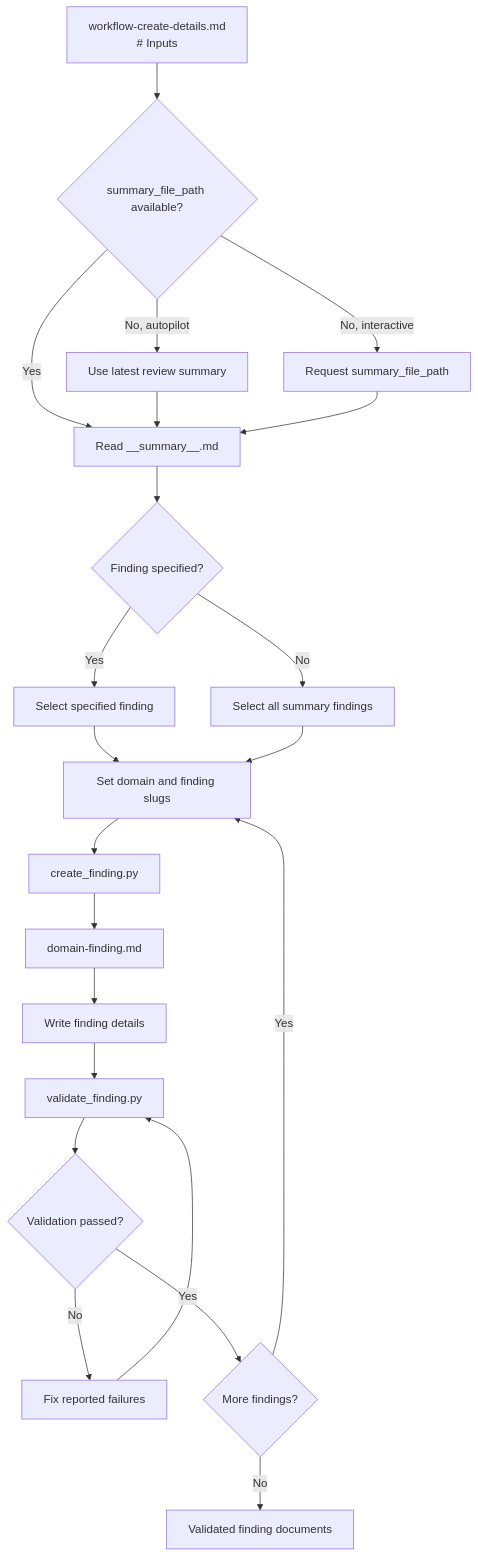
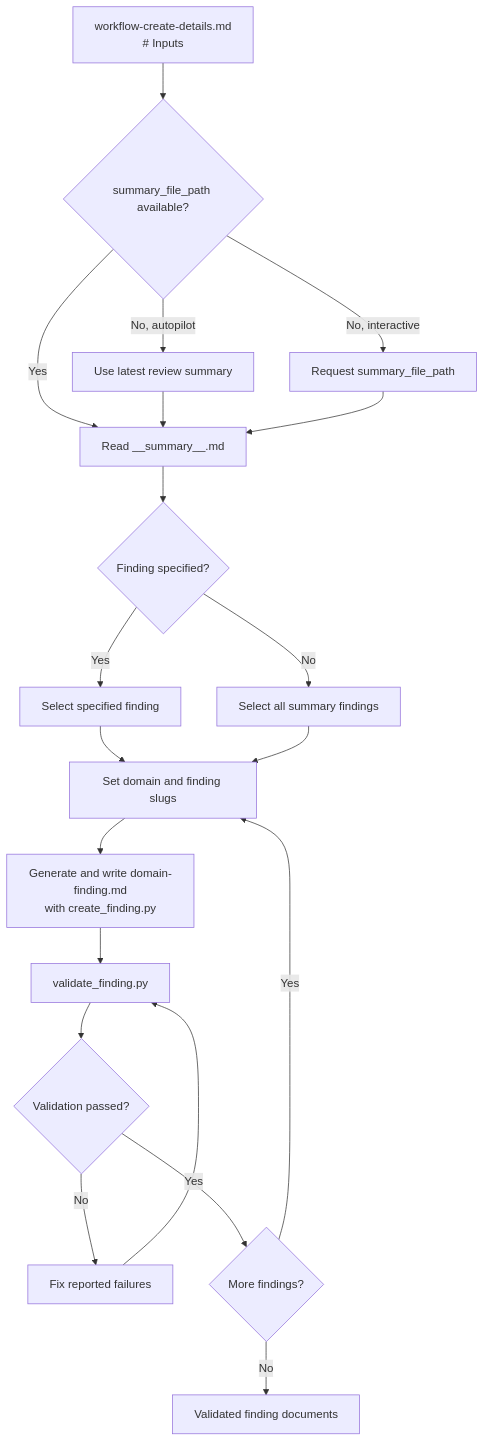
The diagram in src/skills/iceberg-code-review/references/workflow-create-details.md (mols3131d/mols-agent-assets), drawn with Mermaid before and after one commit. The commit also changed 1 other file, not shown here.

Commit message:
refactor(iceberg-code-review): simplify workflow diagrams

````diff
--- a/src/skills/iceberg-code-review/references/workflow-create-details.md
+++ b/src/skills/iceberg-code-review/references/workflow-create-details.md
@@ -8,24 +8,22 @@
 ```mermaid
 flowchart TD
       A[workflow-create-details.md<br/># Inputs] --> B{summary_file_path available?}
       B -->|Yes| C[Read __summary__.md]
       B -->|No, autopilot| D[Use latest review summary]
       B -->|No, interactive| E[Request summary_file_path]
       D --> C
       E --> C
       C --> F{Finding specified?}
       F -->|Yes| G[Select specified finding]
       F -->|No| H[Select all summary findings]
       G --> I[Set domain and finding slugs]
       H --> I
-      I --> J[create_finding.py]
-      J --> K[domain-finding.md]
-      K --> L[Write finding details]
-      L --> M[validate_finding.py]
-      M --> N{Validation passed?}
-      N -->|No| O[Fix reported failures]
-      O --> M
-      N -->|Yes| P{More findings?}
-      P -->|Yes| I
-      P -->|No| Q[Validated finding documents]
+      I --> J[Generate and write domain-finding.md<br/>with create_finding.py]
+      J --> K[validate_finding.py]
+      K --> L{Validation passed?}
+      L -->|No| M[Fix reported failures]
+      M --> K
+      L -->|Yes| N{More findings?}
+      N -->|Yes| I
+      N -->|No| O[Validated finding documents]
 ```
````
